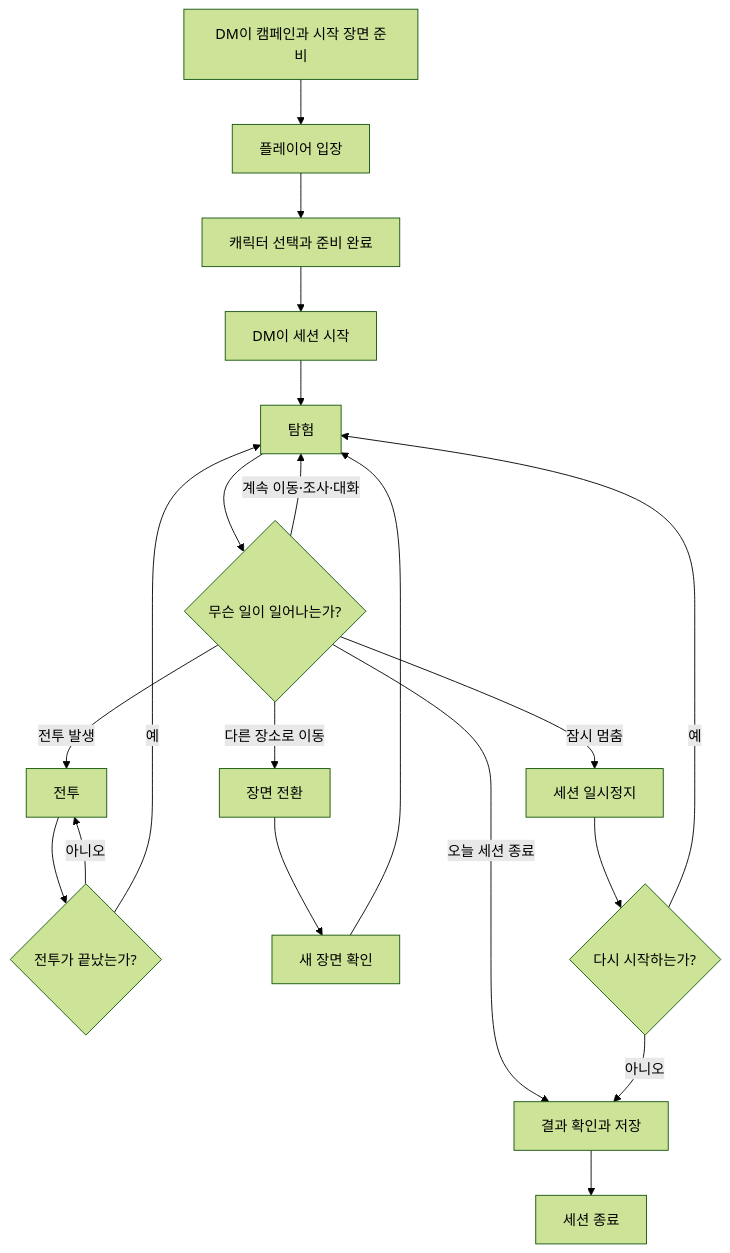
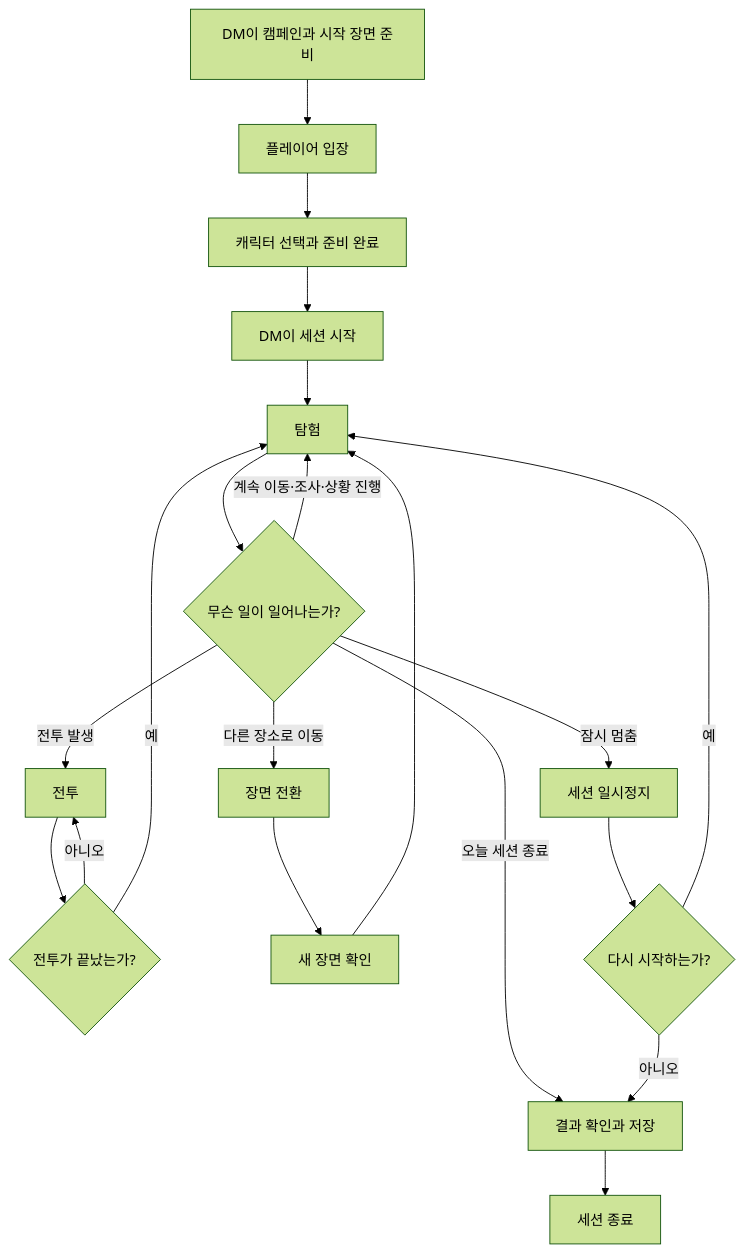
The first of 7 diagrams in docs/remake/user-guides/QUICK-FLOW.md (Kaetaeru/RVTT), drawn with Mermaid (forest theme) before and after one commit. The commit also changed other lines of this file, not shown here.

````diff
--- a/docs/remake/user-guides/QUICK-FLOW.md
+++ b/docs/remake/user-guides/QUICK-FLOW.md
@@ -29,28 +29,28 @@
 ```mermaid
 flowchart TD
     A[DM이 캠페인과 시작 장면 준비] --> B[플레이어 입장]
     B --> C[캐릭터 선택과 준비 완료]
     C --> D[DM이 세션 시작]
     D --> E[탐험]
 
     E --> F{무슨 일이 일어나는가?}
 
-    F -->|계속 이동·조사·대화| E
+    F -->|계속 이동·조사·상황 진행| E
     F -->|전투 발생| G[전투]
     F -->|다른 장소로 이동| H[장면 전환]
     F -->|잠시 멈춤| I[세션 일시정지]
     F -->|오늘 세션 종료| J[결과 확인과 저장]
 
     G --> K{전투가 끝났는가?}
     K -->|아니오| G
     K -->|예| E
 
     H --> L[새 장면 확인]
     L --> E
 
     I --> M{다시 시작하는가?}
     M -->|예| E
     M -->|아니오| J
 
     J --> N[세션 종료]
 ```
````
